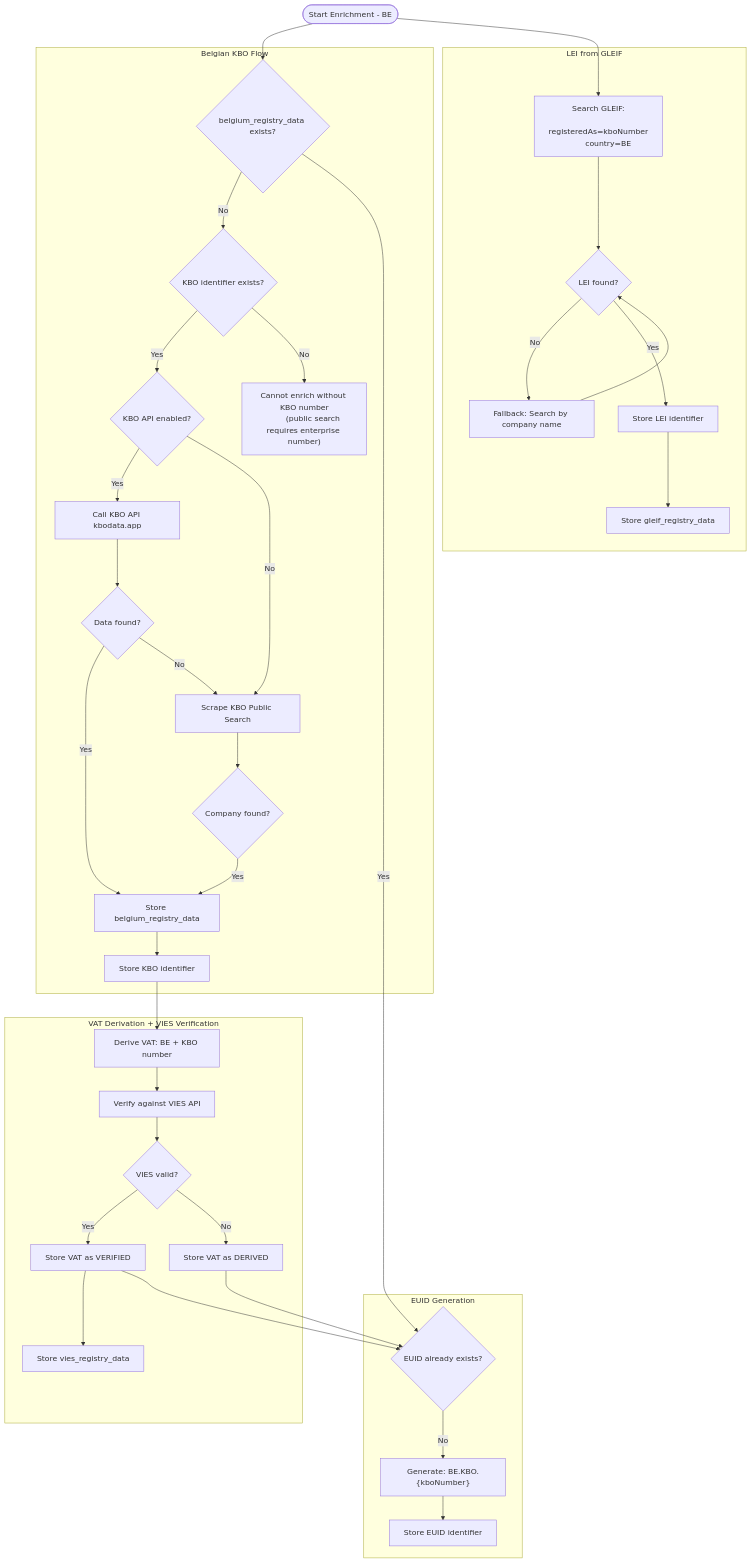
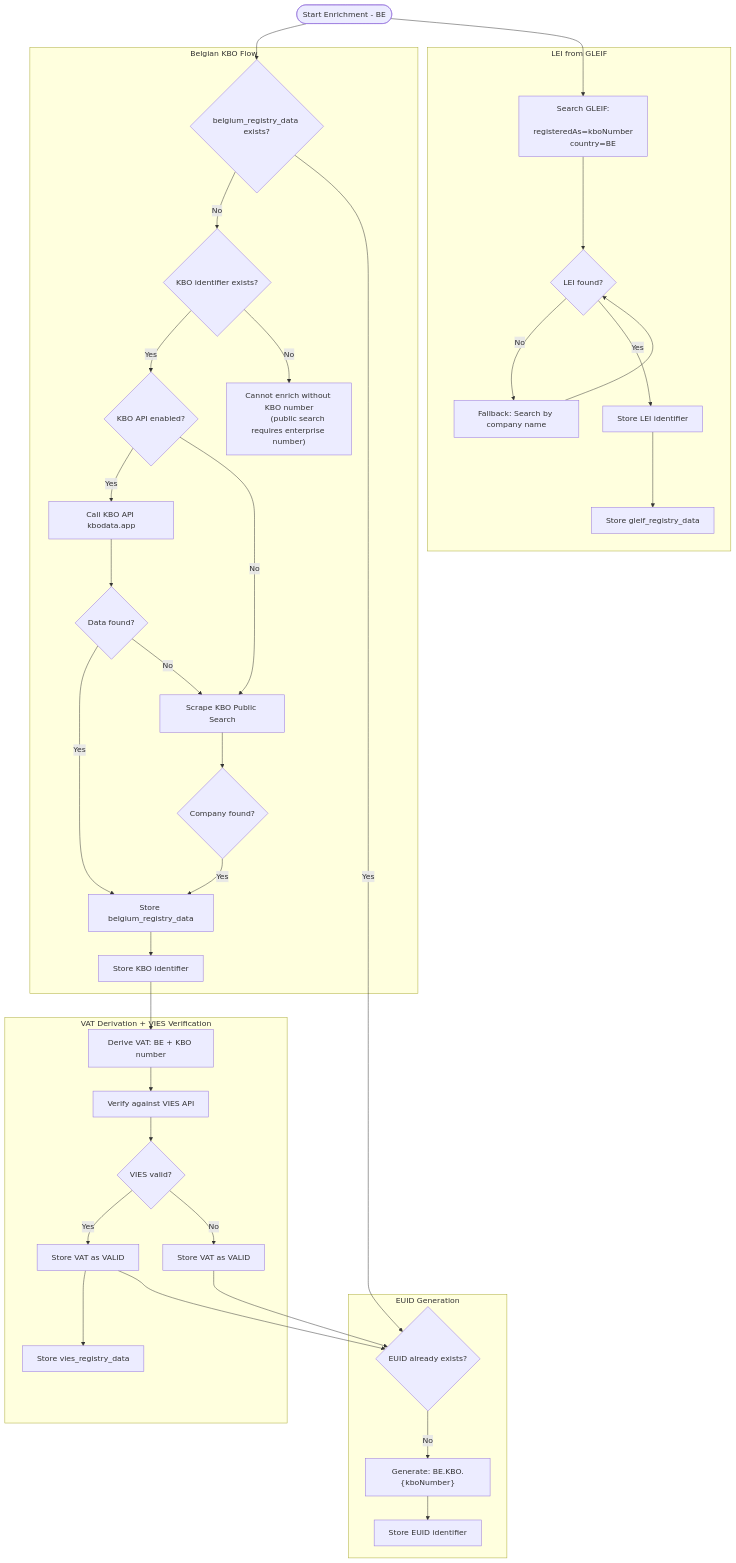
The third of 8 diagrams in docs/ENRICHMENT_ARCHITECTURE.md (DeNoronha/ctn-asr-demo), drawn with Mermaid before and after one commit. The commit also changed other lines of this file and 15 other files, not shown here.

````diff
--- a/docs/ENRICHMENT_ARCHITECTURE.md
+++ b/docs/ENRICHMENT_ARCHITECTURE.md
@@ -236,75 +236,75 @@
 ```mermaid
 flowchart TD
     START([Start Enrichment - BE])
 
     subgraph KBO_Flow["Belgian KBO Flow"]
         CHECK_BE_DATA{belgium_registry_data exists?}
         HAS_KBO{KBO identifier exists?}
         CHECK_API{KBO API enabled?}
         CALL_KBO_API[Call KBO API kbodata.app]
         API_SUCCESS{Data found?}
         SEARCH_BY_KBO[Scrape KBO Public Search]
         KBO_FOUND{Company found?}
         STORE_BE_DATA[Store belgium_registry_data]
         STORE_KBO[Store KBO identifier]
         NO_KBO["Cannot enrich without KBO number
         (public search requires enterprise number)"]
     end
 
     subgraph VAT_Flow["VAT Derivation + VIES Verification"]
         DERIVE_VAT["Derive VAT: BE + KBO number"]
         VERIFY_VIES[Verify against VIES API]
         VIES_VALID{VIES valid?}
-        STORE_VAT_VERIFIED[Store VAT as VERIFIED]
-        STORE_VAT_DERIVED[Store VAT as DERIVED]
+        STORE_VAT_VERIFIED[Store VAT as VALID]
+        STORE_VAT_DERIVED[Store VAT as VALID]
         STORE_VIES[Store vies_registry_data]
     end
 
     subgraph EUID_Flow["EUID Generation"]
         HAS_EUID{EUID already exists?}
         GENERATE_EUID["Generate: BE.KBO.{kboNumber}"]
         STORE_EUID[Store EUID identifier]
     end
 
     subgraph LEI_Flow["LEI from GLEIF"]
         SEARCH_GLEIF_BE["Search GLEIF:
         registeredAs=kboNumber
         country=BE"]
         SEARCH_GLEIF_NAME["Fallback: Search by company name"]
         LEI_FOUND{LEI found?}
         STORE_LEI[Store LEI identifier]
         STORE_GLEIF[Store gleif_registry_data]
     end
 
     START --> CHECK_BE_DATA
     CHECK_BE_DATA -->|No| HAS_KBO
     HAS_KBO -->|Yes| CHECK_API
     HAS_KBO -->|No| NO_KBO
     CHECK_API -->|Yes| CALL_KBO_API
     CHECK_API -->|No| SEARCH_BY_KBO
     CALL_KBO_API --> API_SUCCESS
     API_SUCCESS -->|Yes| STORE_BE_DATA
     API_SUCCESS -->|No| SEARCH_BY_KBO
     SEARCH_BY_KBO --> KBO_FOUND
     KBO_FOUND -->|Yes| STORE_BE_DATA
     STORE_BE_DATA --> STORE_KBO
     STORE_KBO --> DERIVE_VAT
     DERIVE_VAT --> VERIFY_VIES
     VERIFY_VIES --> VIES_VALID
     VIES_VALID -->|Yes| STORE_VAT_VERIFIED
     VIES_VALID -->|No| STORE_VAT_DERIVED
     STORE_VAT_VERIFIED --> STORE_VIES
 
     STORE_VAT_VERIFIED --> HAS_EUID
     STORE_VAT_DERIVED --> HAS_EUID
     CHECK_BE_DATA -->|Yes| HAS_EUID
     HAS_EUID -->|No| GENERATE_EUID
     GENERATE_EUID --> STORE_EUID
 
     START --> SEARCH_GLEIF_BE
     SEARCH_GLEIF_BE --> LEI_FOUND
     LEI_FOUND -->|No| SEARCH_GLEIF_NAME
     SEARCH_GLEIF_NAME --> LEI_FOUND
     LEI_FOUND -->|Yes| STORE_LEI
     STORE_LEI --> STORE_GLEIF
 ```
````
